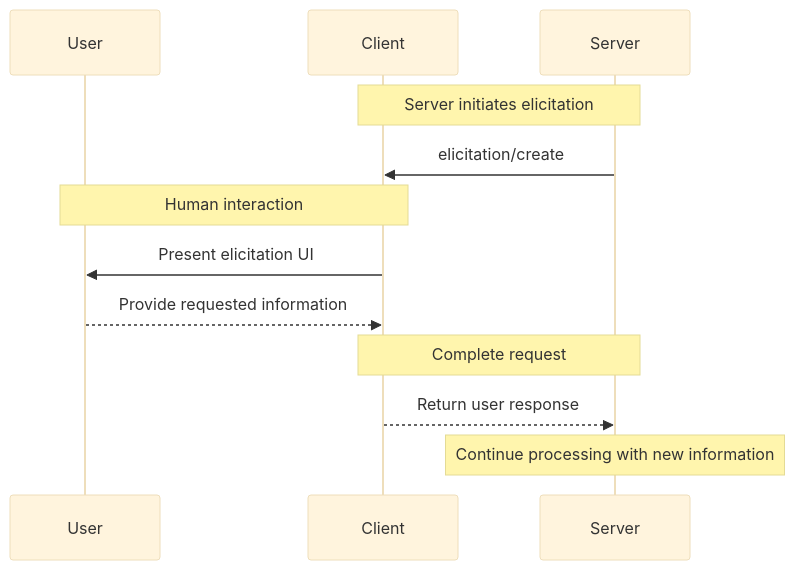
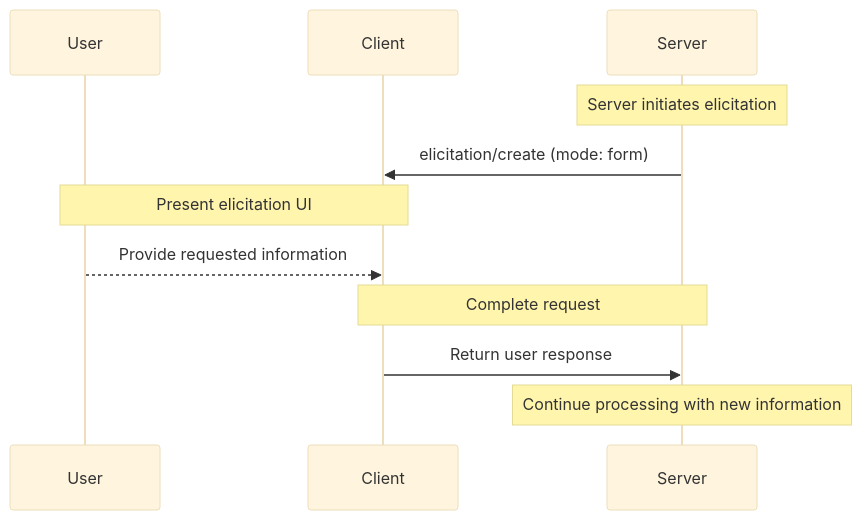
Before and after one commit to roboalchemist/llm-code-docs: the first of 4 diagrams in docs/llms-txt/mcp/elicitation.md, drawn with Mermaid (base theme). The commit also changed other lines of this file and 27893 other files, not shown here.

````diff
--- a/docs/llms-txt/mcp/elicitation.md
+++ b/docs/llms-txt/mcp/elicitation.md
@@ -178,18 +454,17 @@
 ```mermaid  theme={null}
 sequenceDiagram
     participant User
     participant Client
     participant Server
 
-    Note over Server,Client: Server initiates elicitation
-    Server->>Client: elicitation/create
+    Note over Server: Server initiates elicitation
+    Server->>Client: elicitation/create (mode: form)
 
-    Note over Client,User: Human interaction
-    Client->>User: Present elicitation UI
+    Note over User,Client: Present elicitation UI
     User-->>Client: Provide requested information
 
     Note over Server,Client: Complete request
-    Client-->>Server: Return user response
+    Client->>Server: Return user response
 
     Note over Server: Continue processing with new information
 ```
````
